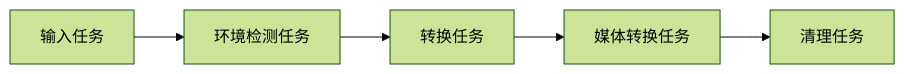
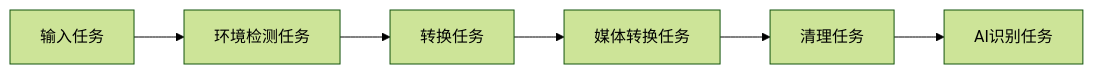
Before and after one commit to hllshiro/doc2md-cli: the third of 4 diagrams in .qoder/repowiki/zh/content/核心架构设计/任务系统架构.md, drawn with Mermaid (forest theme). The commit also changed other lines of this file and 5 other files, not shown here.

First line of the commit message:
feat(config): 新增AI配置管理与图片识别功能

````diff
--- a/.qoder/repowiki/zh/content/核心架构设计/任务系统架构.md
+++ b/.qoder/repowiki/zh/content/核心架构设计/任务系统架构.md
@@ -162,7 +188,8 @@
 ```mermaid
 graph LR
 A["输入任务"] --> B["环境检测任务"]
 B --> C["转换任务"]
 C --> D["媒体转换任务"]
 D --> E["清理任务"]
+E --> F["AI识别任务"]
 ```
````
